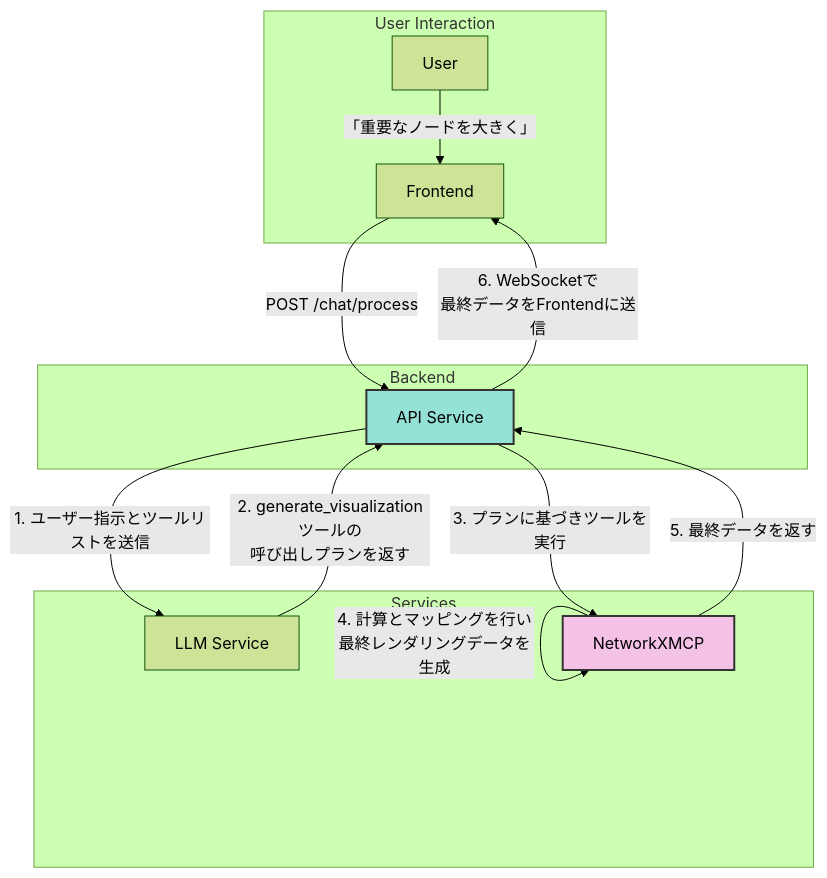
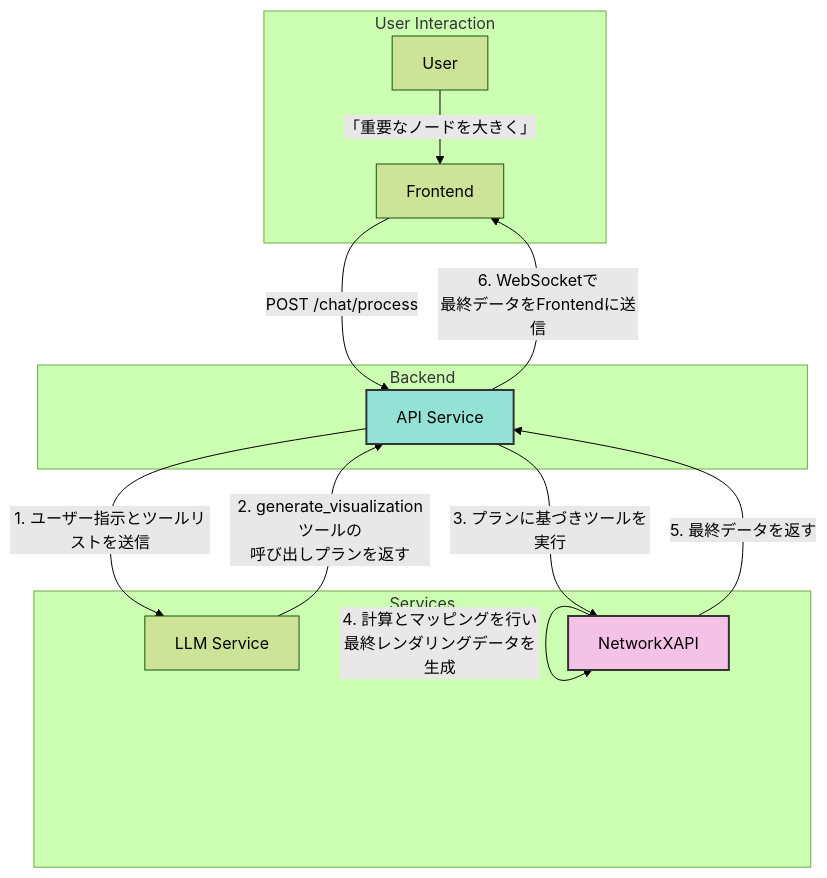
One commit to vdslab/LLMGraphvis changed the second of 2 diagrams in specification/2_Technical_Details/1_Backend.md. Above: the diagram before and after it, drawn with Mermaid (forest theme). The commit also changed other lines of this file and 22 other files, not shown here.

Commit message:
Remove outdated API and architecture specifications for LLMGraphvis and NetworkXMCP; update README to reflect changes in component naming.

````diff
--- a/specification/2_Technical_Details/1_Backend.md
+++ b/specification/2_Technical_Details/1_Backend.md
@@ -120,26 +120,26 @@
 ```mermaid
 graph TD
     subgraph User Interaction
         U[User] -- "「重要なノードを大きく」" --> F[Frontend]
     end
 
     subgraph Backend
         B_API[API Service]
     end
 
     subgraph Services
         LLM[LLM Service]
-        NXMCP[NetworkXMCP]
+        NXAPI[NetworkXAPI]
     end
 
     F -- "POST /chat/process" --> B_API
     B_API -- "1. ユーザー指示とツールリストを送信" --> LLM
     LLM -- "2. generate_visualizationツールの<br/>呼び出しプランを返す" --> B_API
-    B_API -- "3. プランに基づきツールを実行" --> NXMCP
-    NXMCP -- "4. 計算とマッピングを行い<br/>最終レンダリングデータを生成" --> NXMCP
-    NXMCP -- "5. 最終データを返す" --> B_API
+    B_API -- "3. プランに基づきツールを実行" --> NXAPI
+    NXAPI -- "4. 計算とマッピングを行い<br/>最終レンダリングデータを生成" --> NXAPI
+    NXAPI -- "5. 最終データを返す" --> B_API
     B_API -- "6. WebSocketで<br/>最終データをFrontendに送信" --> F
 
     style B_API fill:#94e2d5,stroke:#333,stroke-width:2px
-    style NXMCP fill:#f5c2e7,stroke:#333,stroke-width:2px
+    style NXAPI fill:#f5c2e7,stroke:#333,stroke-width:2px
 ```
````
